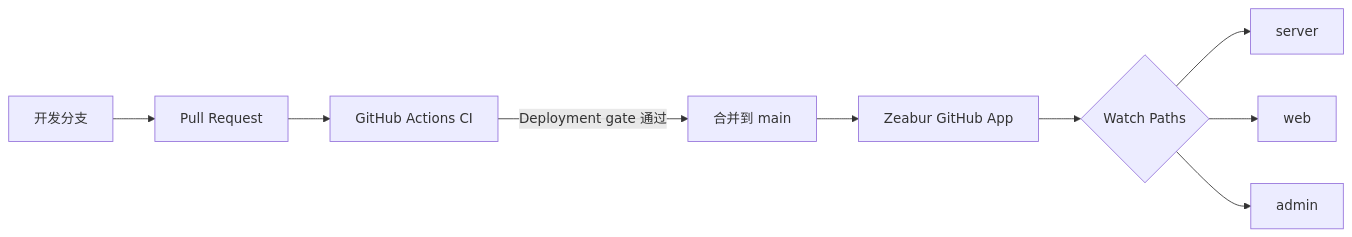
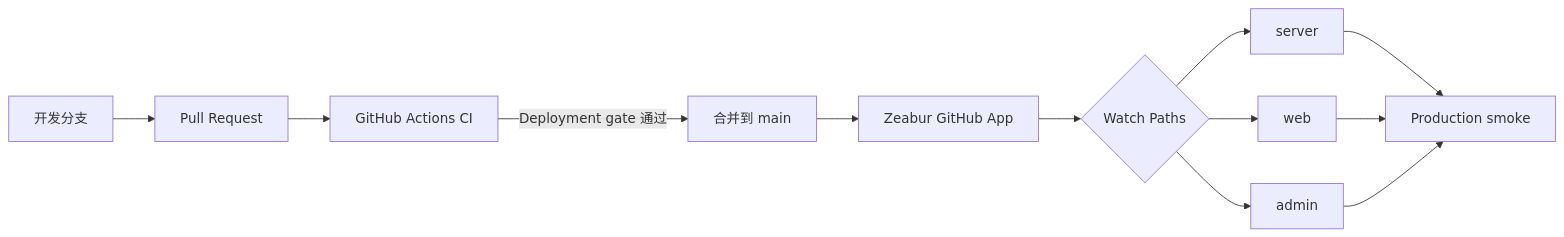
One commit to dcfjustok-afk/Royal-Flush changed the diagram in ZEABUR.md. Above: the diagram before and after it, drawn with Mermaid. The commit also changed other lines of this file and 2 other files, not shown here.

````diff
--- a/ZEABUR.md
+++ b/ZEABUR.md
@@ -19,11 +19,14 @@
 ```mermaid
 flowchart LR
   A[开发分支] --> B[Pull Request]
   B --> C[GitHub Actions CI]
   C -->|Deployment gate 通过| D[合并到 main]
   D --> E[Zeabur GitHub App]
   E --> F{Watch Paths}
   F --> G[server]
   F --> H[web]
   F --> I[admin]
+  G --> J[Production smoke]
+  H --> J
+  I --> J
 ```
````
